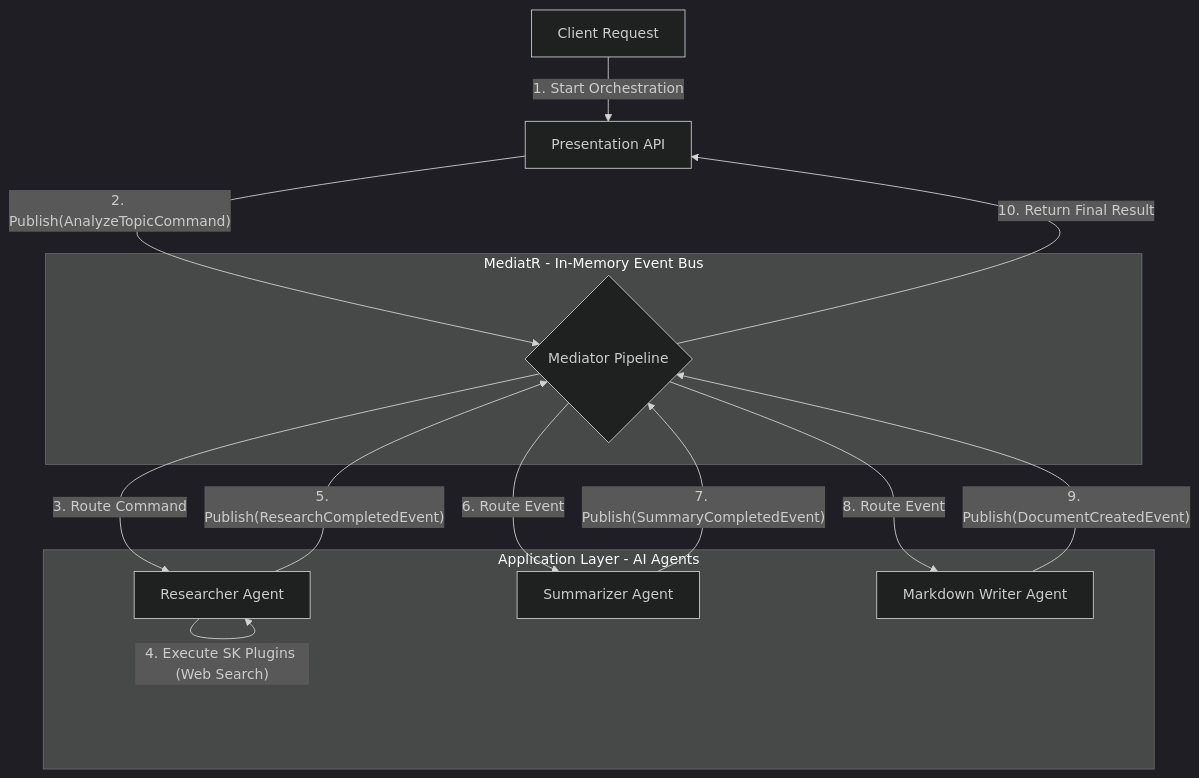
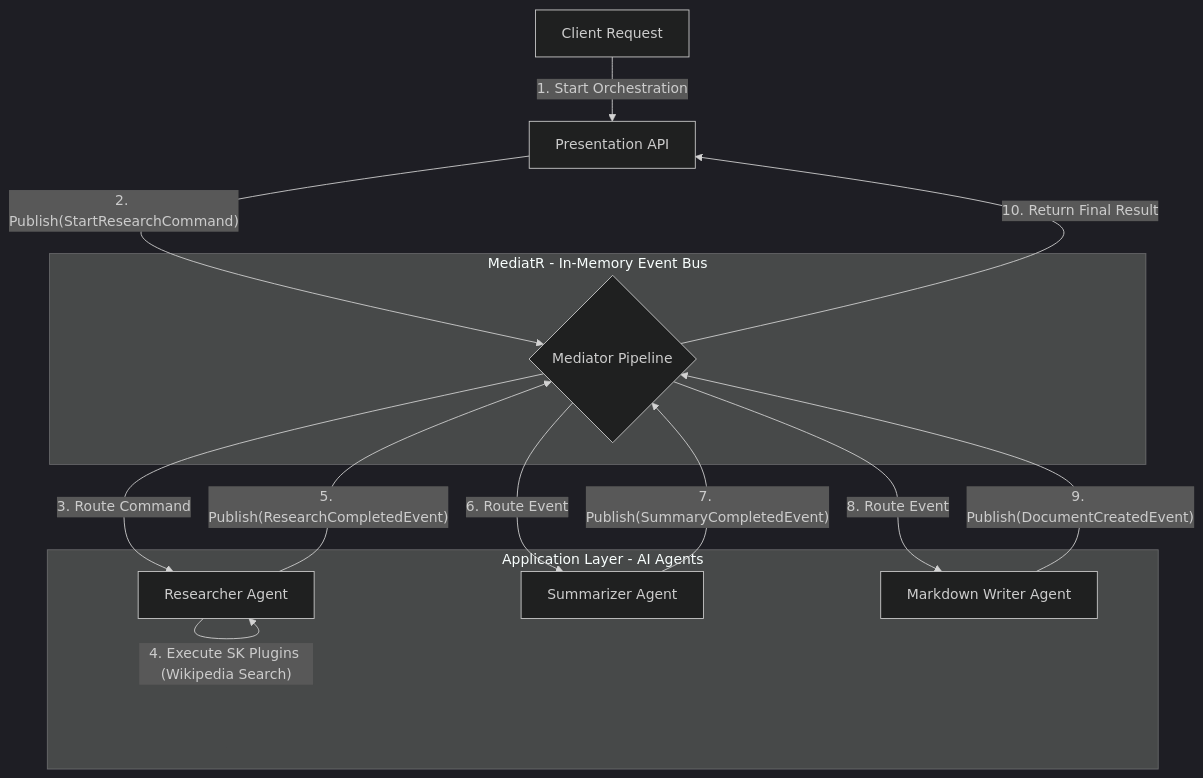
The diagram in README.md (ozzkan-burak/NexusOrchestrator), drawn with Mermaid (dark theme) before and after one commit. The commit also changed other lines of this file and 12 other files, not shown here.

````diff
--- a/README.md
+++ b/README.md
@@ -20,32 +21,24 @@
 ```mermaid
 graph TD
-  %% İstemci ve API Katmanı
   A[Client Request] -- "1. Start Orchestration" --> B[Presentation API]
 
   subgraph Message_Bus [MediatR - In-Memory Event Bus]
-      %% Merkezi mesajlaşma omurgası
       C{Mediator Pipeline}
   end
 
   subgraph Application_Layer [Application Layer - AI Agents]
-      %% Semantic Kernel ile güçlendirilmiş otonom ajanlar
       D[Researcher Agent]
       E[Summarizer Agent]
       F[Markdown Writer Agent]
   end
 
-  %% Olay Güdümlü Akış (Event-Driven Flow)
-  B -- "2. Publish(AnalyzeTopicCommand)" --> C
-
+  B -- "2. Publish(StartResearchCommand)" --> C
   C -- "3. Route Command" --> D
-  D -- "4. Execute SK Plugins (Web Search)" --> D
+  D -- "4. Execute SK Plugins (Wikipedia Search)" --> D
   D -- "5. Publish(ResearchCompletedEvent)" --> C
-
   C -- "6. Route Event" --> E
   E -- "7. Publish(SummaryCompletedEvent)" --> C
-
   C -- "8. Route Event" --> F
   F -- "9. Publish(DocumentCreatedEvent)" --> C
-
   C -- "10. Return Final Result" --> B
 ```
````
